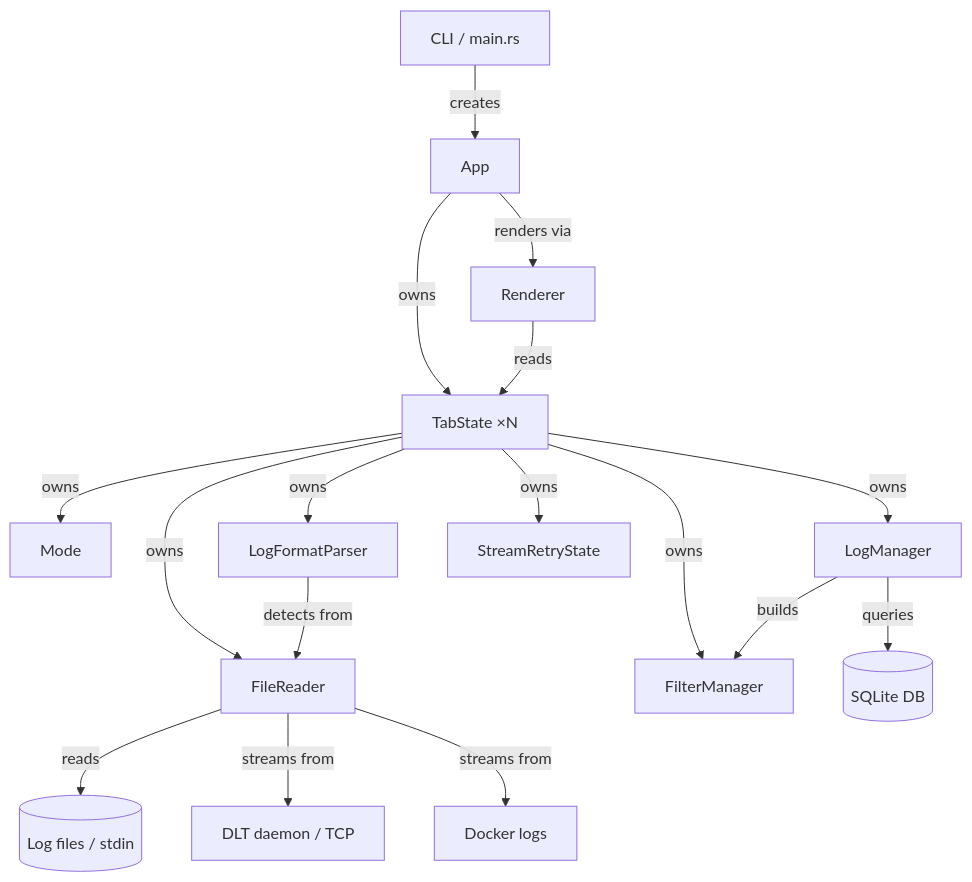
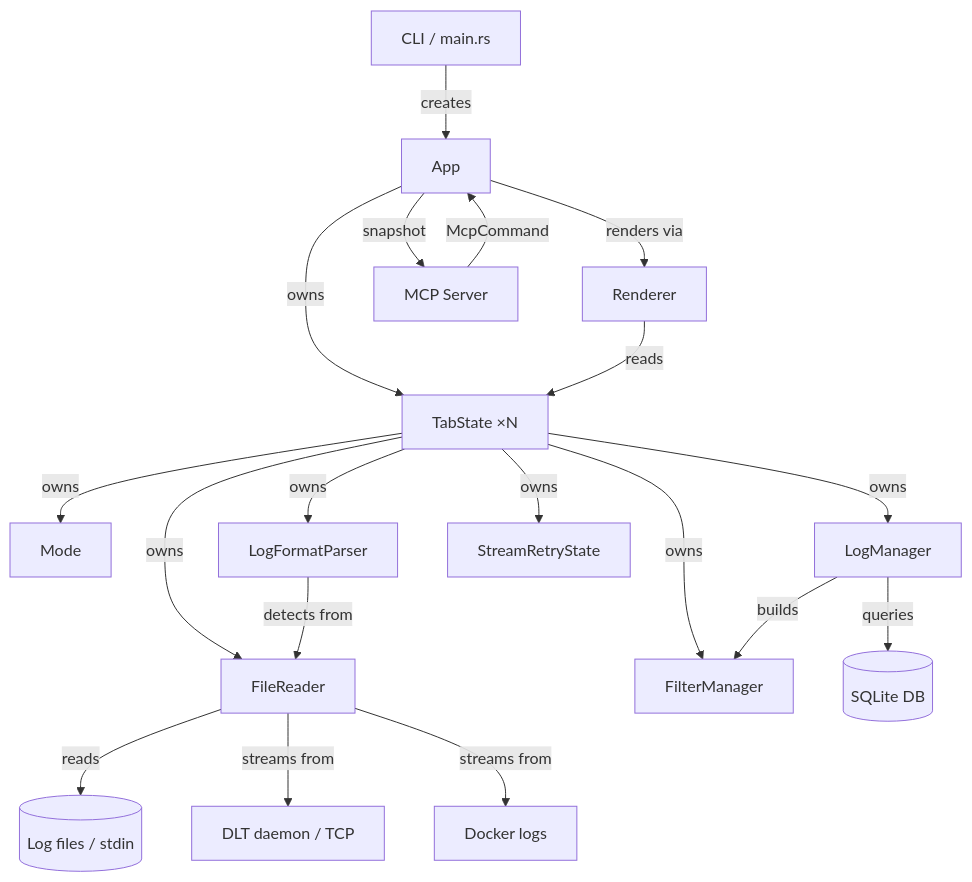
The first of 6 diagrams in ARCHITECTURE.md (pauloremoli/logana), drawn with Mermaid before and after one commit. The commit also changed other lines of this file and 14 other files, not shown here.

Commit message:
MCP server

````diff
--- a/ARCHITECTURE.md
+++ b/ARCHITECTURE.md
@@ -43,19 +50,21 @@
 ```mermaid
 flowchart TD
     CLI[CLI / main.rs] -->|creates| App[App]
     App -->|owns| Tab[TabState ×N]
     App -->|renders via| Renderer[Renderer]
     Tab -->|owns| Mode[Mode]
     Tab -->|owns| FileReader[FileReader]
     Tab -->|owns| LogManager[LogManager]
     Tab -->|owns| FM[FilterManager]
     Tab -->|owns| Parser[LogFormatParser]
     Tab -->|owns| Retry[StreamRetryState]
     LogManager -->|queries| DB[(SQLite DB)]
     LogManager -->|builds| FM
     FileReader -->|reads| Files[(Log files / stdin)]
     FileReader -->|streams from| DLT[DLT daemon / TCP]
     FileReader -->|streams from| Docker[Docker logs]
     Renderer -->|reads| Tab
     Parser -->|detects from| FileReader
+    App -->|snapshot| MCP[MCP Server]
+    MCP -->|McpCommand| App
 ```
````
